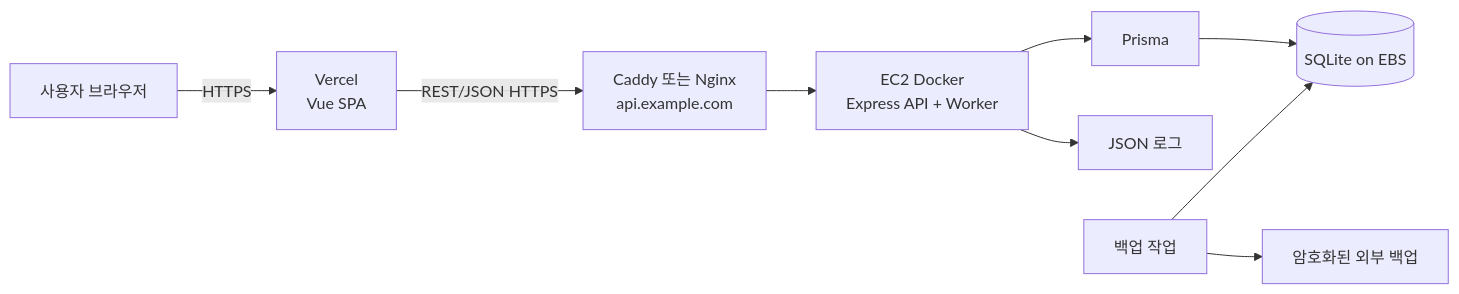
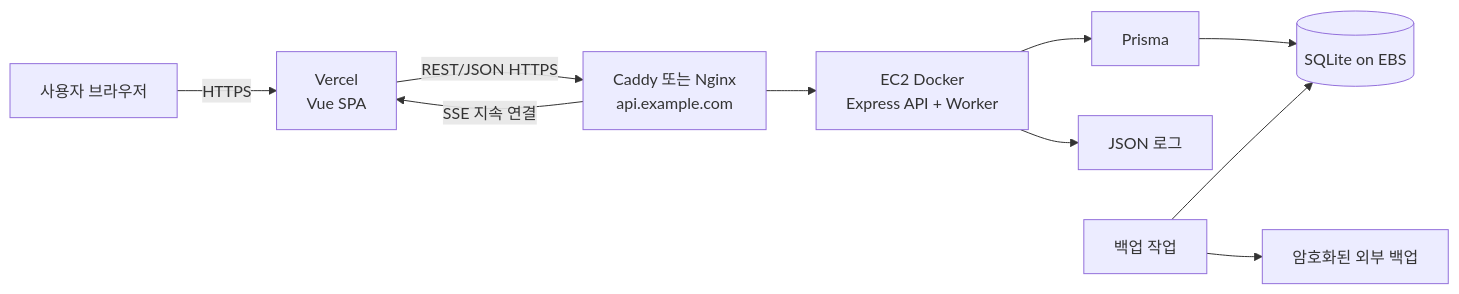
The third of 5 diagrams in docs/system-design.md (SsaBob-Eleven/SsaBob-Eleven), drawn with Mermaid before and after one commit. The commit also changed other lines of this file and 63 other files, not shown here.

````diff
--- a/docs/system-design.md
+++ b/docs/system-design.md
@@ -138,11 +138,12 @@
 ```mermaid
 flowchart LR
     U["사용자 브라우저"] -->|HTTPS| V["Vercel\nVue SPA"]
     V -->|REST/JSON HTTPS| C["Caddy 또는 Nginx\napi.example.com"]
+    C -->|SSE 지속 연결| V
     C --> E["EC2 Docker\nExpress API + Worker"]
     E --> P["Prisma"]
     P --> D[("SQLite on EBS")]
     E --> L["JSON 로그"]
     B["백업 작업"] --> D
     B --> O["암호화된 외부 백업"]
 ```
````
